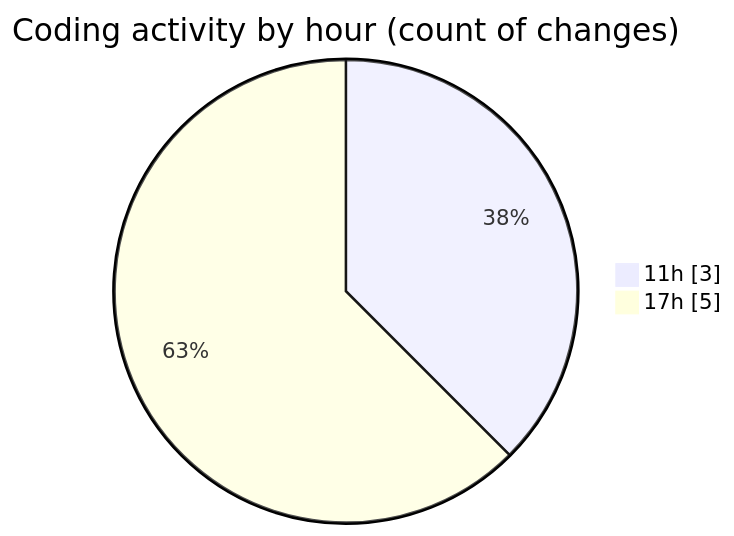
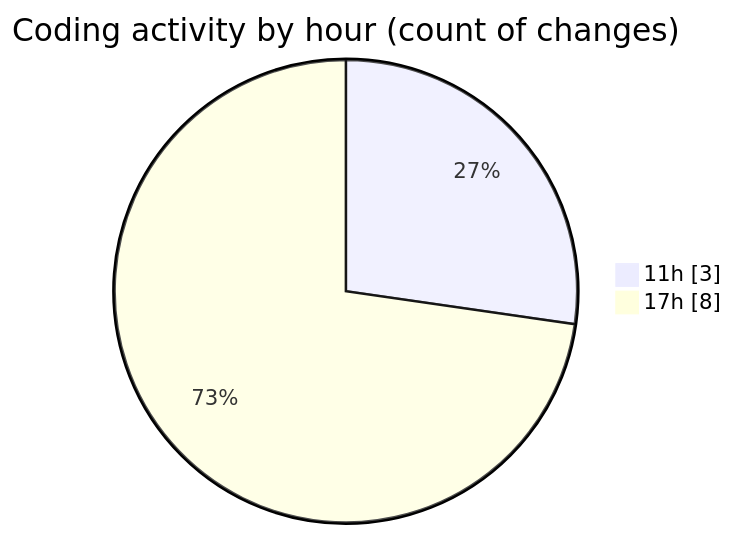
The second of 2 diagrams in 2025-02-05/react/README.md (Elitesun/code-tracking), drawn with Mermaid before and after one commit. The commit also changed other lines of this file and 1 other file, not shown here.

````diff
--- a/2025-02-05/react/README.md
+++ b/2025-02-05/react/README.md
@@ -33,6 +35,6 @@
 ```mermaid
 pie showData
 title Coding activity by hour (count of changes)
 "11h" : 3
-"17h" : 5
+"17h" : 8
 ```
````
